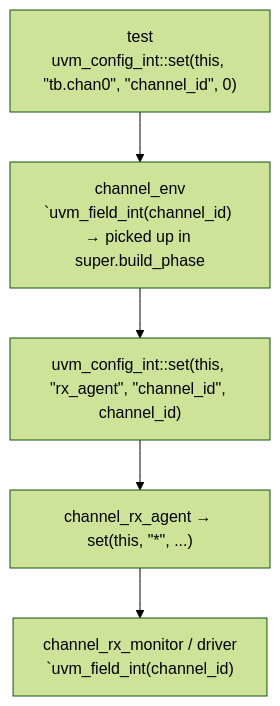
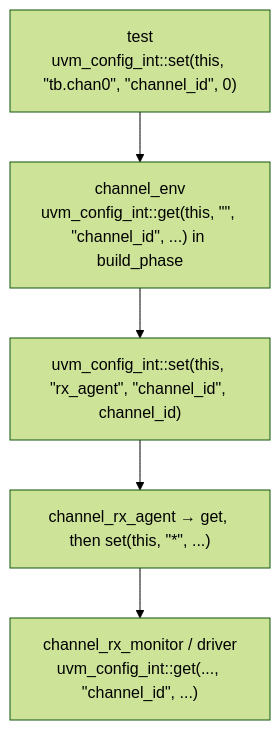
One commit to tamirgabgab/Qcom-Mentoring changed the second of 2 diagrams in docs/components/agent-env.md. Above: the diagram before and after it, drawn with Mermaid (forest theme). The commit also changed other lines of this file and 34 other files, not shown here.

First line of the commit message:
Docs: yapp_project tree, extern style, explicit sequences and field methods

````diff
--- a/docs/components/agent-env.md
+++ b/docs/components/agent-env.md
@@ -60,9 +67,9 @@
 ```mermaid
 flowchart TB
     T["test<br/>uvm_config_int::set(this, &quot;tb.chan0&quot;, &quot;channel_id&quot;, 0)"]
-    E["channel_env<br/>`uvm_field_int(channel_id) → picked up in super.build_phase"]
+    E["channel_env<br/>uvm_config_int::get(this, &quot;&quot;, &quot;channel_id&quot;, ...) in build_phase"]
     E2["uvm_config_int::set(this, &quot;rx_agent&quot;, &quot;channel_id&quot;, channel_id)"]
-    A["channel_rx_agent → set(this, &quot;*&quot;, ...)"]
-    M["channel_rx_monitor / driver<br/>`uvm_field_int(channel_id)"]
+    A["channel_rx_agent → get, then set(this, &quot;*&quot;, ...)"]
+    M["channel_rx_monitor / driver<br/>uvm_config_int::get(..., &quot;channel_id&quot;, ...)"]
     T --> E --> E2 --> A --> M
 ```
````
